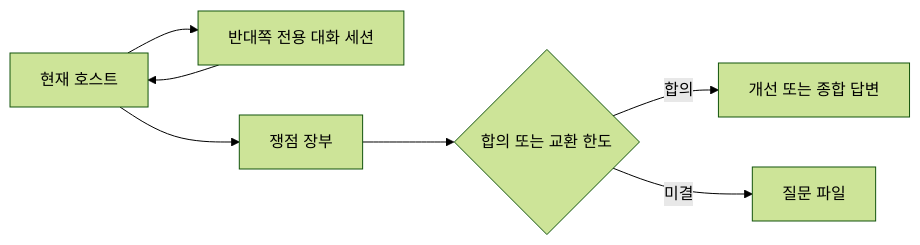
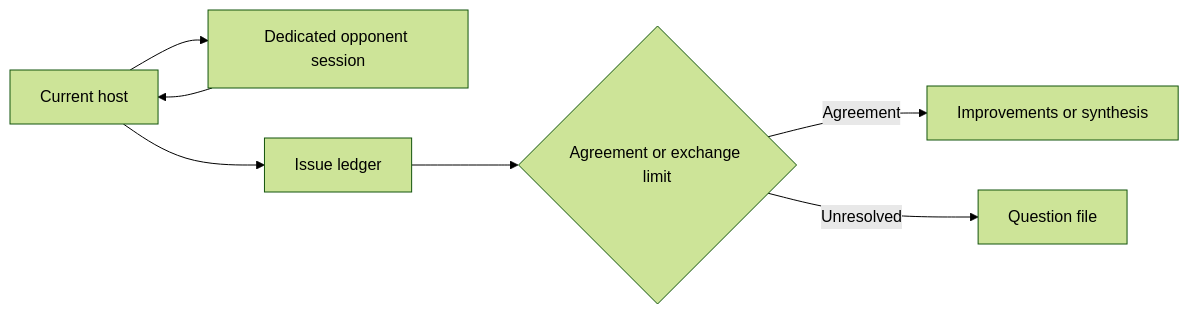
The diagram in skills/tiki-taka/SKILL.md (hei5enbug/hei5enbug-agent-setup), drawn with Mermaid (forest theme) before and after one commit. The commit also changed other lines of this file and 24 other files, not shown here.

```diff
--- a/skills/tiki-taka/SKILL.md
+++ b/skills/tiki-taka/SKILL.md
@@ -22,9 +31,9 @@
 ~~~mermaid
 flowchart LR
-    A[현재 호스트] --> B[반대쪽 전용 대화 세션]
+    A[Current host] --> B[Dedicated opponent session]
     B --> A
-    A --> C[쟁점 장부]
-    C --> D{합의 또는 교환 한도}
-    D -->|합의| E[개선 또는 종합 답변]
-    D -->|미결| F[질문 파일]
+    A --> C[Issue ledger]
+    C --> D{Agreement or exchange limit}
+    D -->|Agreement| E[Improvements or synthesis]
+    D -->|Unresolved| F[Question file]
 ~~~
```
